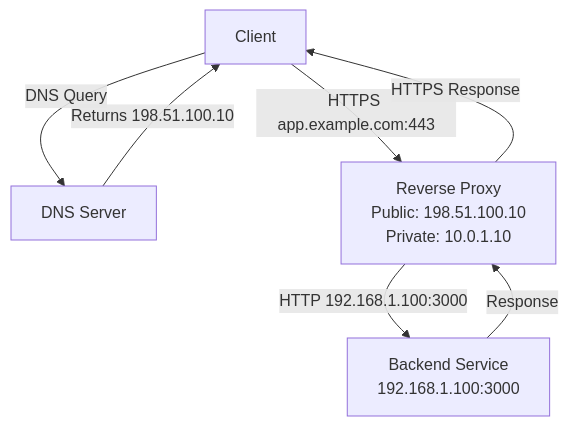
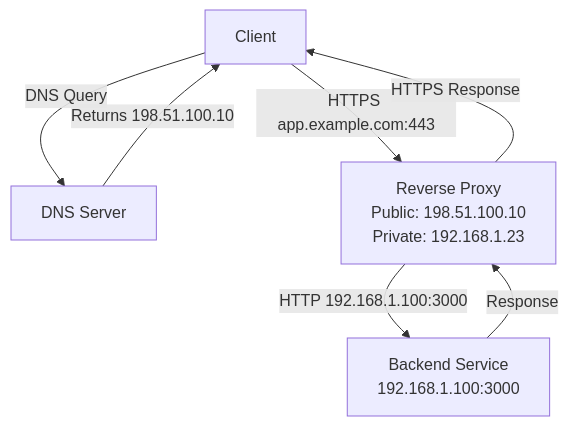
Before and after one commit to TrueBankai416/BankaiTechDocs: the second of 3 diagrams in docs/Reverse Proxy/Introduction.mdx, drawn with Mermaid. The commit also changed other lines of this file, not shown here.

````diff
--- a/docs/Reverse Proxy/Introduction.mdx
+++ b/docs/Reverse Proxy/Introduction.mdx
@@ -43,9 +43,9 @@
 ```mermaid
 graph TD
     Client -->|DNS Query| DNS[DNS Server]
     DNS -->|Returns 198.51.100.10| Client
-    Client -->|HTTPS app.example.com:443| Proxy[Reverse Proxy<br/>Public: 198.51.100.10<br/>Private: 10.0.1.10]
+    Client -->|HTTPS app.example.com:443| Proxy[Reverse Proxy<br/>Public: 198.51.100.10<br/>Private: 192.168.1.23]
     Proxy -->|HTTP 192.168.1.100:3000| Backend[Backend Service<br/>192.168.1.100:3000]
     Backend -->|Response| Proxy
     Proxy -->|HTTPS Response| Client
 ```
````
